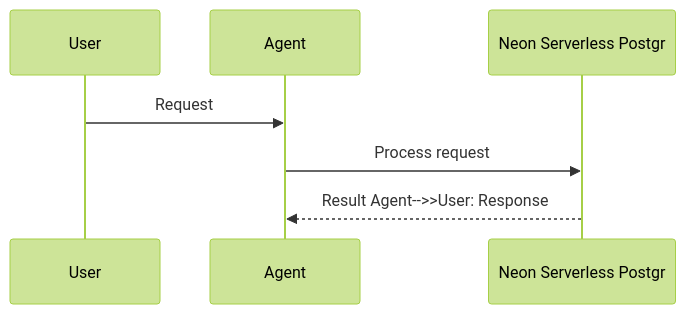
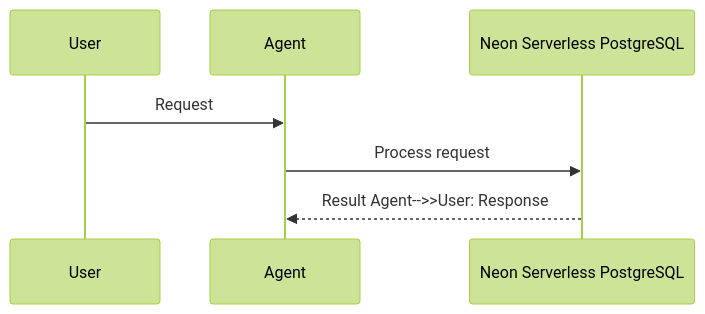
Before and after one commit to MervinPraison/PraisonAIDocs: the second of 2 diagrams in docs/features/neon.mdx, drawn with Mermaid (forest theme). The commit also changed 45 other files, not shown here.

First line of the commit message:
docs: fix truncated Mermaid diagram feature names (22-char cutoff)

````diff
--- a/docs/features/neon.mdx
+++ b/docs/features/neon.mdx
@@ -49,10 +49,10 @@
 ```mermaid
 sequenceDiagram
     participant User
     participant Agent
-    participant Feature as Neon Serverless Postgr
+    participant Feature as Neon Serverless PostgreSQL
 
     User->>Agent: Request
     Agent->>Feature: Process request
     Feature-->>Agent: Result    Agent-->>User: Response
 ```
````
